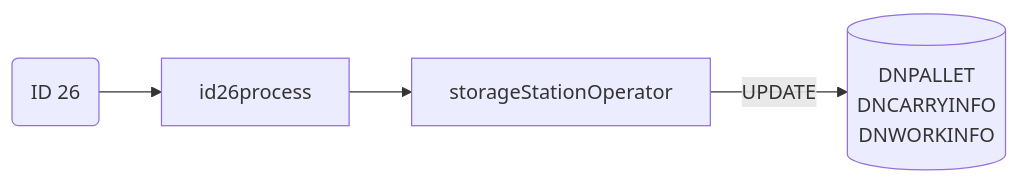
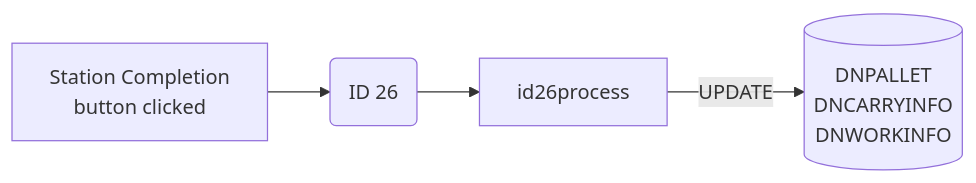
The eighth of 10 diagrams in Basic-Design/DFD-WMS/Inventory-Check/Inventory-Check-from-Ambient-Area.md (luthfiadityaa/SimeDarby-Wiki), drawn with Mermaid before and after one commit. The commit also changed other lines of this file, not shown here.

```diff
--- a/Basic-Design/DFD-WMS/Inventory-Check/Inventory-Check-from-Ambient-Area.md
+++ b/Basic-Design/DFD-WMS/Inventory-Check/Inventory-Check-from-Ambient-Area.md
@@ -381,18 +383,20 @@
 ::: mermaid
 flowchart LR
 
 id26msg("
 ID 26
 ")
 
 id26-update[("
 DNPALLET
 DNCARRYINFO
 DNWORKINFO
 ")]
 
-storageStationOperator[storageStationOperator]
+buttonclicked["
+Station Completion 
+button clicked
+"]
 
-id26msg-->id26process-->storageStationOperator
-storageStationOperator--> |UPDATE| id26-update
+buttonclicked-->id26msg-->id26process--> |UPDATE| id26-update
 :::
```
